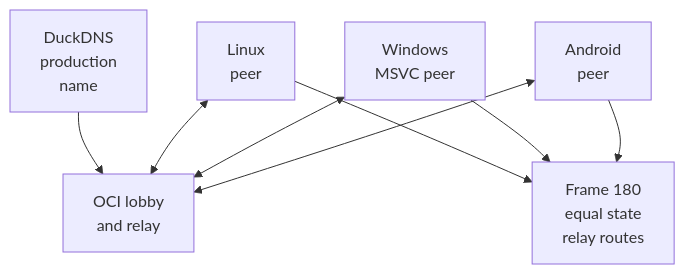
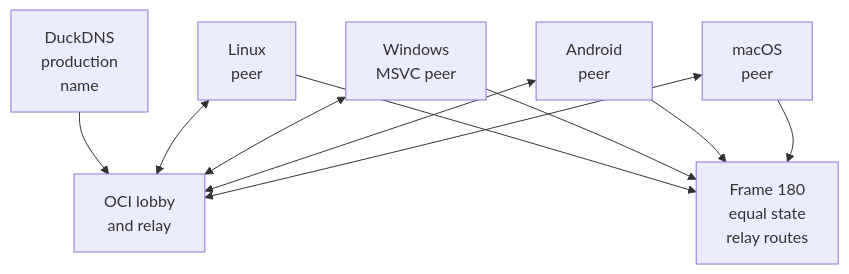
The eighth of 9 diagrams in doc/architecture/Testing.md (irregularthanis/ggpo-next), drawn with Mermaid before and after one commit. The commit also changed other lines of this file and 9 other files, not shown here.

````diff
--- a/doc/architecture/Testing.md
+++ b/doc/architecture/Testing.md
@@ -850,17 +850,20 @@
 ```mermaid
 flowchart TD
     DNS["DuckDNS<br/>production<br/>name"]
     Relay["OCI lobby<br/>and relay"]
     Linux["Linux<br/>peer"]
     Windows["Windows<br/>MSVC peer"]
     Android["Android<br/>peer"]
+    MacOS["macOS<br/>peer"]
     Result["Frame 180<br/>equal state<br/>relay routes"]
 
     DNS --> Relay
     Linux <--> Relay
     Windows <--> Relay
     Android <--> Relay
+    MacOS <--> Relay
     Linux --> Result
     Windows --> Result
     Android --> Result
+    MacOS --> Result
 ```
````
